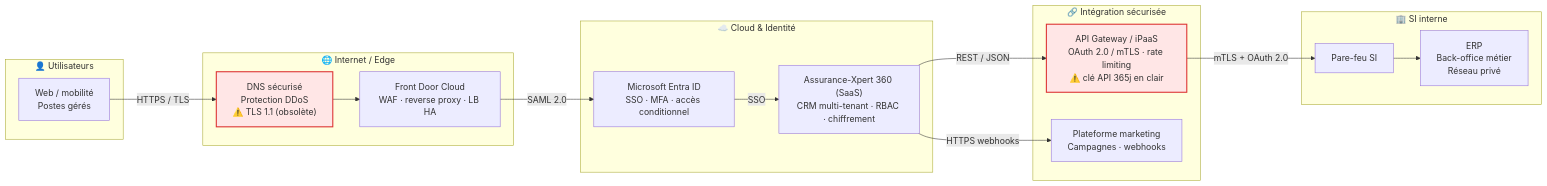
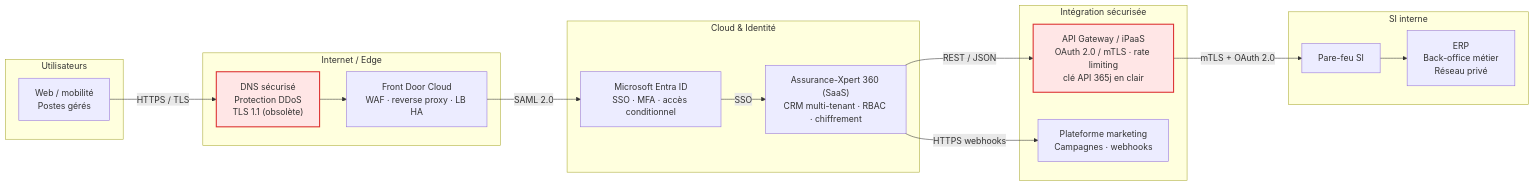
The diagram in docs/architecture.md (HaitamOlf/iso27005-risk-saas), drawn with Mermaid before and after one commit. The commit also changed 2 other files, not shown here.

Commit message:
Mise à jour README, architecture et analyse de risque

````diff
--- a/docs/architecture.md
+++ b/docs/architecture.md
@@ -5,38 +5,38 @@
 ```mermaid
 flowchart LR
-    subgraph U["👤 Utilisateurs"]
+    subgraph U["Utilisateurs"]
         U1["Web / mobilité<br/>Postes gérés"]
     end
 
-    subgraph EDGE["🌐 Internet / Edge"]
-        DNS["DNS sécurisé<br/>Protection DDoS<br/>⚠️ TLS 1.1 (obsolète)"]
+    subgraph EDGE["Internet / Edge"]
+        DNS["DNS sécurisé<br/>Protection DDoS<br/>TLS 1.1 (obsolète)"]
         FD["Front Door Cloud<br/>WAF · reverse proxy · LB HA"]
     end
 
-    subgraph CLOUD["☁️ Cloud & Identité"]
+    subgraph CLOUD["Cloud & Identité"]
         ENTRA["Microsoft Entra ID<br/>SSO · MFA · accès conditionnel"]
         CRM["Assurance-Xpert 360 (SaaS)<br/>CRM multi-tenant · RBAC · chiffrement"]
     end
 
-    subgraph INT["🔗 Intégration sécurisée"]
-        API["API Gateway / iPaaS<br/>OAuth 2.0 / mTLS · rate limiting<br/>⚠️ clé API 365j en clair"]
+    subgraph INT["Intégration sécurisée"]
+        API["API Gateway / iPaaS<br/>OAuth 2.0 / mTLS · rate limiting<br/>clé API 365j en clair"]
         MKT["Plateforme marketing<br/>Campagnes · webhooks"]
     end
 
-    subgraph SI["🏢 SI interne"]
+    subgraph SI["SI interne"]
         FW["Pare-feu SI"]
         ERP["ERP<br/>Back-office métier<br/>Réseau privé"]
     end
 
     U1 -->|HTTPS / TLS| DNS
     DNS --> FD
     FD -->|SAML 2.0| ENTRA
     ENTRA -->|SSO| CRM
     CRM -->|REST / JSON| API
     CRM -->|HTTPS webhooks| MKT
     API -->|mTLS + OAuth 2.0| FW
     FW --> ERP
 
     classDef warn fill:#ffe6e6,stroke:#d33,stroke-width:2px;
     class DNS,API warn;
 ```
````
